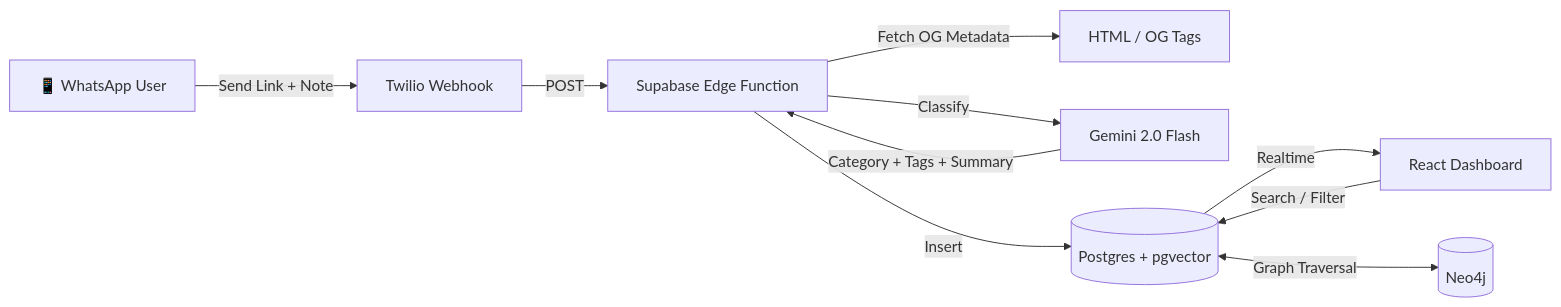
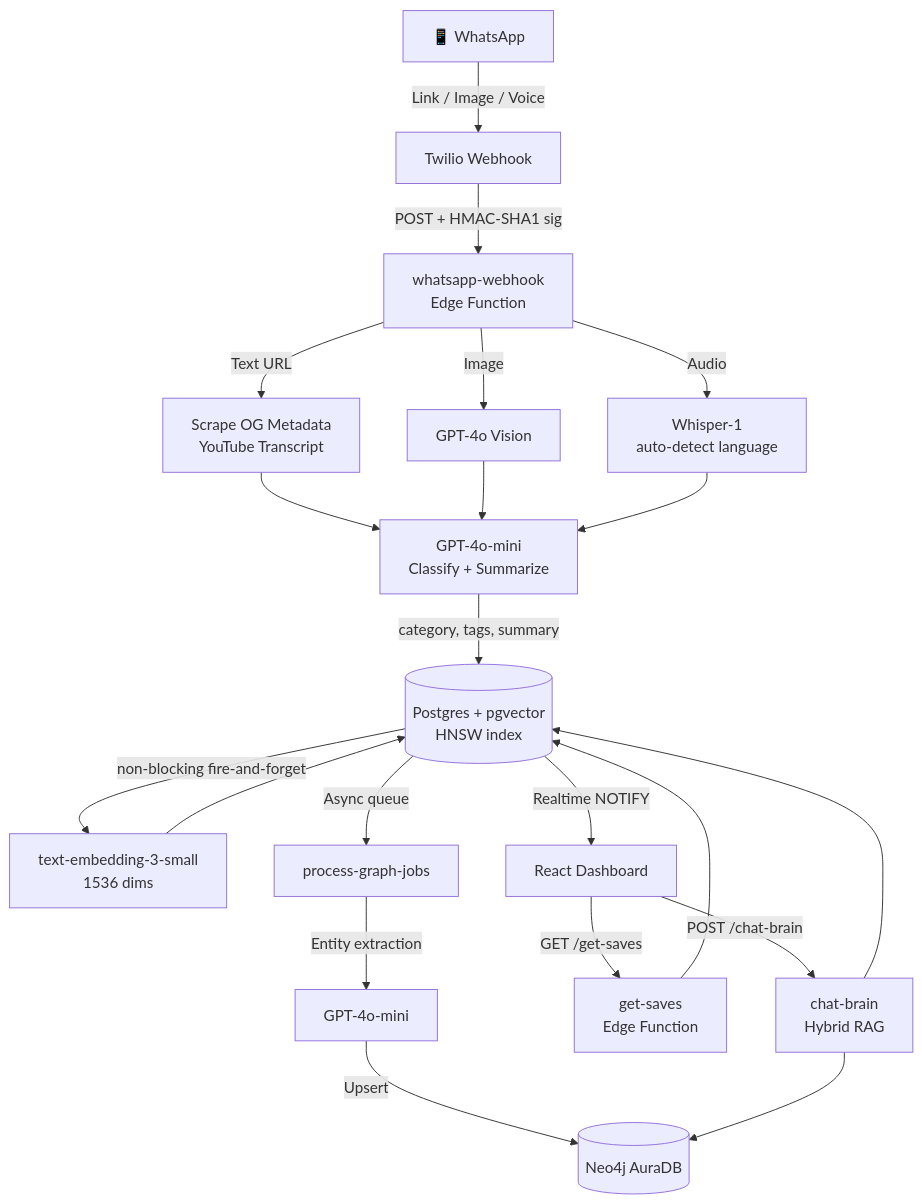
Before and after one commit to Aji-25/hack180dc: the first of 2 diagrams in README.md, drawn with Mermaid. The commit also changed other lines of this file and 1 other file, not shown here.

````diff
--- a/README.md
+++ b/README.md
@@ -45,12 +92,20 @@
 ```mermaid
-flowchart LR
-    A[📱 WhatsApp User] -->|Send Link + Note| B[Twilio Webhook]
-    B -->|POST| C[Supabase Edge Function]
-    C -->|Fetch OG Metadata| D[HTML / OG Tags]
-    C -->|Classify| E[Gemini 2.0 Flash]
-    E -->|Category + Tags + Summary| C
-    C -->|Insert| F[(Postgres + pgvector)]
-    F -->|Realtime| G[React Dashboard]
-    G -->|Search / Filter| F
-    F <-->|Graph Traversal| H[(Neo4j)]
+flowchart TD
+    A["📱 WhatsApp"] -->|Link / Image / Voice| B["Twilio Webhook"]
+    B -->|POST + HMAC-SHA1 sig| C["whatsapp-webhook\nEdge Function"]
+    C -->|Text URL| D["Scrape OG Metadata\nYouTube Transcript"]
+    C -->|Image| E["GPT-4o Vision"]
+    C -->|Audio| F["Whisper-1\nauto-detect language"]
+    D & E & F --> G["GPT-4o-mini\nClassify + Summarize"]
+    G -->|category, tags, summary| H[("Postgres + pgvector\nHNSW index")]
+    H -->|non-blocking fire-and-forget| I2["text-embedding-3-small\n1536 dims"]
+    I2 --> H
+    H -->|Async queue| I["process-graph-jobs"]
+    I -->|Entity extraction| J["GPT-4o-mini"]
+    J -->|Upsert| K[("Neo4j AuraDB")]
+    H -->|Realtime NOTIFY| L["React Dashboard"]
+    L -->|GET /get-saves| M["get-saves\nEdge Function"]
+    M --> H
+    L -->|POST /chat-brain| N["chat-brain\nHybrid RAG"]
+    N --> H & K
 ```
````
